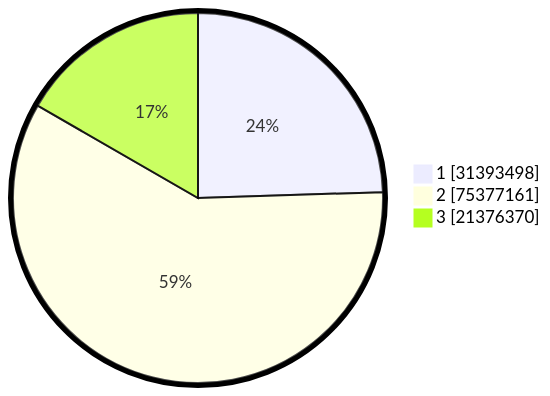
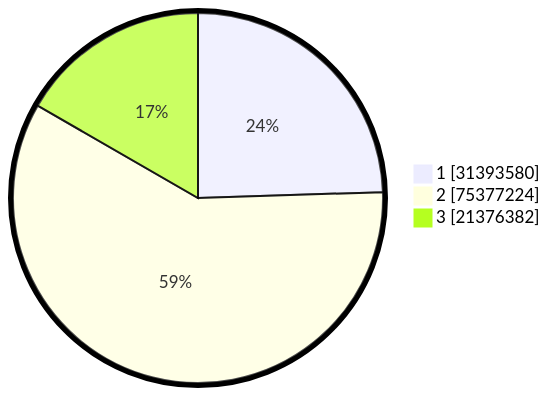
Before and after one commit to gigit-pemilu/pemilu-2024: the second of 2 diagrams in pilpres/hitung-suara/README.md, drawn with Mermaid. The commit also changed other lines of this file and 6 other files, not shown here.

````diff
--- a/pilpres/hitung-suara/README.md
+++ b/pilpres/hitung-suara/README.md
@@ -93,7 +93,7 @@
 ```mermaid
 %%{init: {"pie": {"textPosition": 0.5}, "themeVariables": {"pieOuterStrokeWidth": "5px"}} }%%
 pie showData
-    "1" : 31393498
-    "2" : 75377161
-    "3" : 21376370
+    "1" : 31393580
+    "2" : 75377224
+    "3" : 21376382
 ```
````
